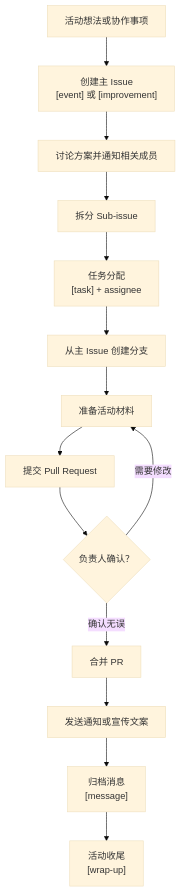
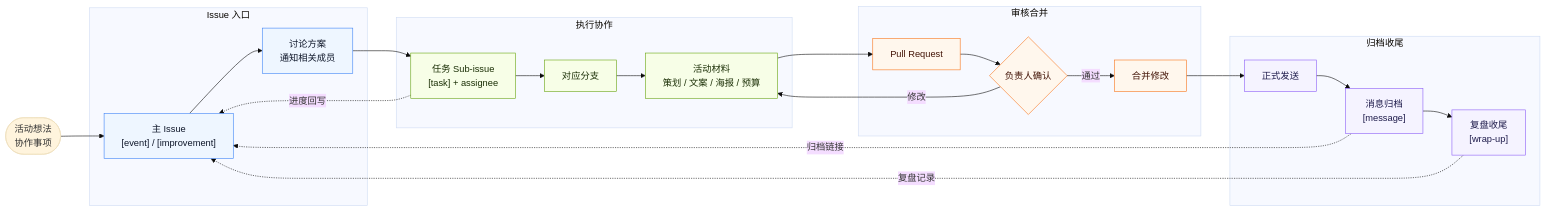
The diagram in docs/procedures/event-creation-workflow.zh.md (BETA-SDC/community), drawn with Mermaid (base theme) before and after one commit. The commit also changed other lines of this file, not shown here.

Commit message:
docs: refine mermaid workflow layout

````diff
--- a/docs/procedures/event-creation-workflow.zh.md
+++ b/docs/procedures/event-creation-workflow.zh.md
@@ -47,16 +47,44 @@
 ```mermaid
-flowchart TD
-    idea["活动想法或协作事项"] --> mainIssue["创建主 Issue<br/>[event] 或 [improvement]"]
-    mainIssue --> discuss["讨论方案并通知相关成员"]
-    discuss --> split["拆分 Sub-issue"]
-    split --> taskIssue["任务分配<br/>[task] + assignee"]
-    taskIssue --> branch["从主 Issue 创建分支"]
-    branch --> materials["准备活动材料"]
-    materials --> pr["提交 Pull Request"]
-    pr --> review{"负责人确认？"}
-    review -- "需要修改" --> materials
-    review -- "确认无误" --> merge["合并 PR"]
-    merge --> send["发送通知或宣传文案"]
-    send --> messageIssue["归档消息<br/>[message]"]
-    messageIssue --> wrapUp["活动收尾<br/>[wrap-up]"]
+flowchart LR
+    start(["活动想法<br/>协作事项"])
+
+    subgraph issue["Issue 入口"]
+        main["主 Issue<br/>[event] / [improvement]"]
+        discuss["讨论方案<br/>通知相关成员"]
+    end
+
+    subgraph work["执行协作"]
+        task["任务 Sub-issue<br/>[task] + assignee"]
+        branch["对应分支"]
+        materials["活动材料<br/>策划 / 文案 / 海报 / 预算"]
+    end
+
+    subgraph review["审核合并"]
+        pr["Pull Request"]
+        check{"负责人确认"}
+        merge["合并修改"]
+    end
+
+    subgraph archive["归档收尾"]
+        send["正式发送"]
+        message["消息归档<br/>[message]"]
+        wrap["复盘收尾<br/>[wrap-up]"]
+    end
+
+    start --> main --> discuss --> task
+    task --> branch --> materials --> pr --> check
+    check -- 修改 --> materials
+    check -- 通过 --> merge --> send --> message --> wrap
+    task -. 进度回写 .-> main
+    message -. 归档链接 .-> main
+    wrap -. 复盘记录 .-> main
+
+    classDef entry fill:#eef6ff,stroke:#3b82f6,color:#0f172a
+    classDef workStyle fill:#f7fee7,stroke:#65a30d,color:#1a2e05
+    classDef reviewStyle fill:#fff7ed,stroke:#f97316,color:#431407
+    classDef archiveStyle fill:#f5f3ff,stroke:#8b5cf6,color:#1e1b4b
+    class main,discuss entry
+    class task,branch,materials workStyle
+    class pr,check,merge reviewStyle
+    class send,message,wrap archiveStyle
 ```
````
